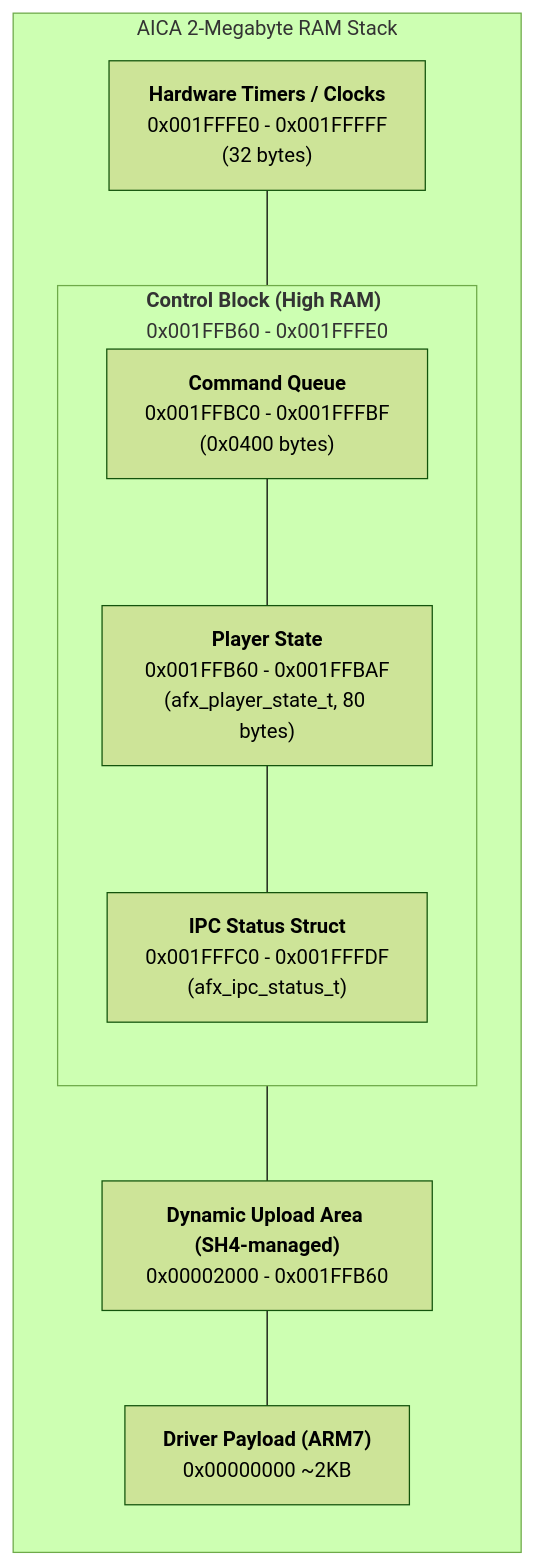
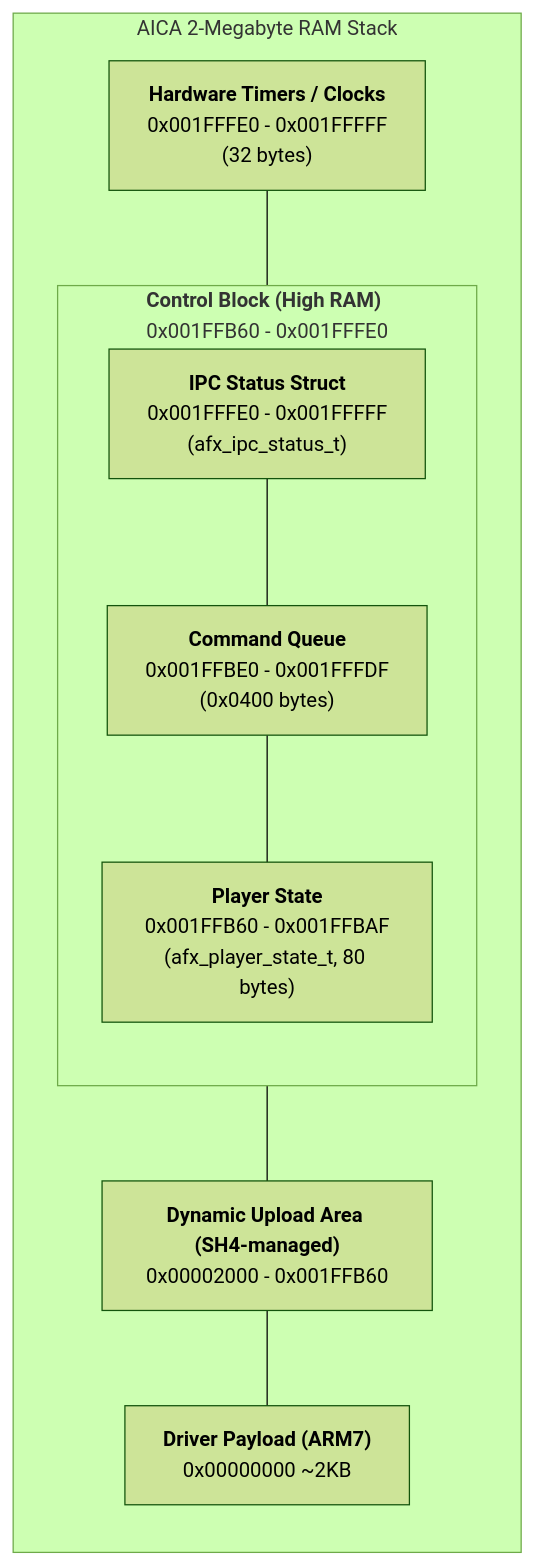
One commit to dfchil/aicaflow changed the diagram in docs/afx_design.md. Above: the diagram before and after it, drawn with Mermaid (forest theme). The commit also changed other lines of this file and 7 other files, not shown here.

````diff
--- a/docs/afx_design.md
+++ b/docs/afx_design.md
@@ -35,23 +35,23 @@
 ```mermaid
 graph TD
     subgraph AICA_RAM ["AICA 2-Megabyte RAM Stack"]
         direction TB
 
         CLOCKS["<b>Hardware Timers / Clocks</b><br/>0x001FFFE0 - 0x001FFFFF<br/>(32 bytes)"]
 
         subgraph IPC_BLOCK ["<b>Control Block (High RAM)</b><br/>0x001FFB60 - 0x001FFFE0"]
             direction TB
-            QUEUE["<b>Command Queue</b><br/>0x001FFBC0 - 0x001FFFBF<br/>(0x0400 bytes)"]
+            STATUS["<b>IPC Status Struct</b><br/>0x001FFFE0 - 0x001FFFFF<br/>(afx_ipc_status_t)"]
+            QUEUE["<b>Command Queue</b><br/>0x001FFBE0 - 0x001FFFDF<br/>(0x0400 bytes)"]
             PLAYER["<b>Player State</b><br/>0x001FFB60 - 0x001FFBAF<br/>(afx_player_state_t, 80 bytes)"]
-            STATUS["<b>IPC Status Struct</b><br/>0x001FFFC0 - 0x001FFFDF<br/>(afx_ipc_status_t)"]
+            STATUS --- QUEUE
             QUEUE --- PLAYER
-            PLAYER --- STATUS
         end
 
         CLOCKS --- IPC_BLOCK
         IPC_BLOCK --- DYNAMIC
         DYNAMIC["<b>Dynamic Upload Area (SH4-managed)</b><br/>0x00002000 - 0x001FFB60"]
         DYNAMIC --- DRIVER
         DRIVER["<b>Driver Payload (ARM7)</b><br/>0x00000000 ~2KB"]
     end
 ```
````
